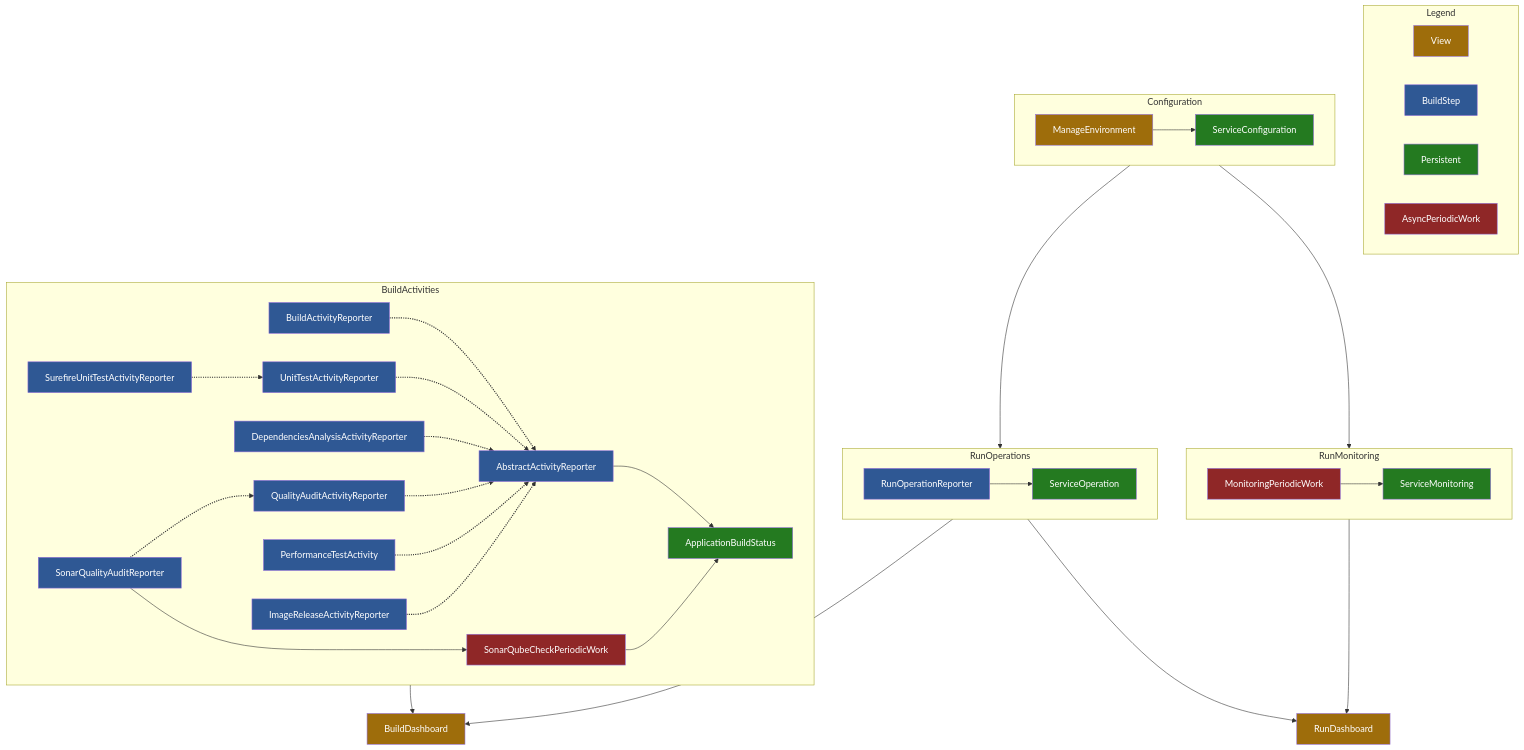
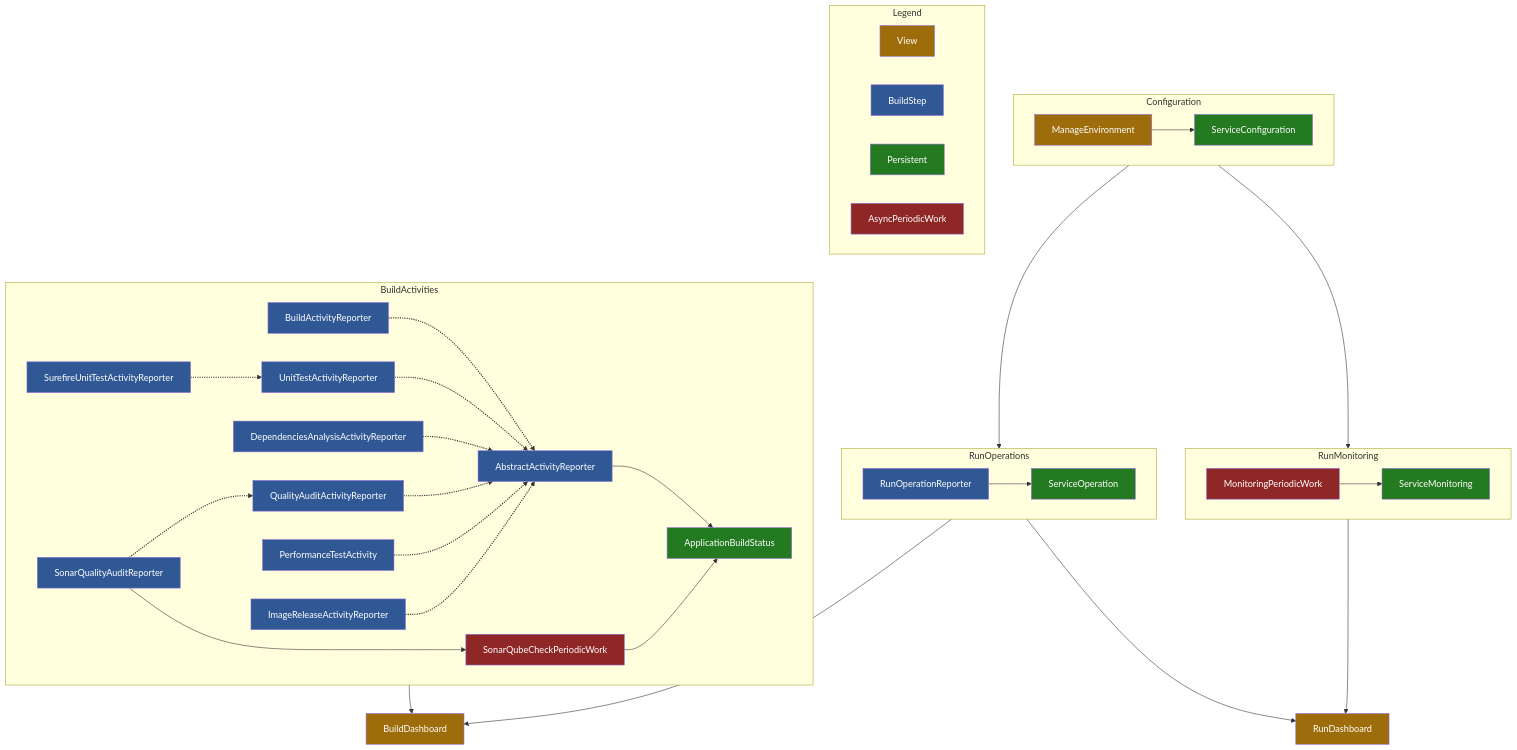
One commit to jenkinsci/devops-portal-plugin changed the diagram in README.md. Above: the diagram before and after it, drawn with Mermaid. The commit also changed other lines of this file, not shown here.

````diff
--- a/README.md
+++ b/README.md
@@ -377,49 +377,49 @@
 ```mermaid
 flowchart TD
 
+    subgraph Configuration
+    ManageEnvironment:::view --> ServiceConfiguration:::entity
+    end
+    
     subgraph Legend
     View:::view
     BuildStep:::reporter
     Persistent:::entity
     AsyncPeriodicWork:::worker
-    end
-    
-    subgraph Configuration
-    ManageEnvironment:::view --> ServiceConfiguration:::entity
     end
     
     subgraph RunMonitoring
     MonitoringPeriodicWork:::worker --> ServiceMonitoring:::entity
     end
     
     subgraph RunOperations
     RunOperationReporter:::reporter --> ServiceOperation:::entity
     end
     
     subgraph BuildActivities
     BuildActivityReporter:::reporter -.-> AbstractActivityReporter:::reporter
     UnitTestActivityReporter:::reporter -.-> AbstractActivityReporter:::reporter
     SurefireUnitTestActivityReporter:::reporter -.-> UnitTestActivityReporter:::reporter
     DependenciesAnalysisActivityReporter:::reporter -.-> AbstractActivityReporter:::reporter
     QualityAuditActivityReporter:::reporter -.-> AbstractActivityReporter:::reporter
     SonarQualityAuditReporter:::reporter -.-> QualityAuditActivityReporter:::reporter
     PerformanceTestActivity:::reporter -.-> AbstractActivityReporter:::reporter
     ImageReleaseActivityReporter:::reporter -.-> AbstractActivityReporter:::reporter
     AbstractActivityReporter:::reporter --> ApplicationBuildStatus:::entity
     SonarQualityAuditReporter:::reporter --> SonarQubeCheckPeriodicWork:::worker
     SonarQubeCheckPeriodicWork:::worker --> ApplicationBuildStatus:::entity
     end
     
     Configuration --> RunOperations
     Configuration --> RunMonitoring
     RunOperations --> RunDashboard:::view
     RunMonitoring --> RunDashboard:::view
     BuildActivities --> BuildDashboard:::view
     RunOperations --> BuildDashboard:::view
     
     classDef view fill:#9e6d0b,color:#fff
     classDef reporter fill:#2f5894,color:#fff
     classDef entity fill:#247a20,color:#fff
     classDef worker fill:#8f2727,color:#fff
     linkStyle 3,4,5,6,7,8,9,10 stroke-width:2px,fill:none
 ```
````
